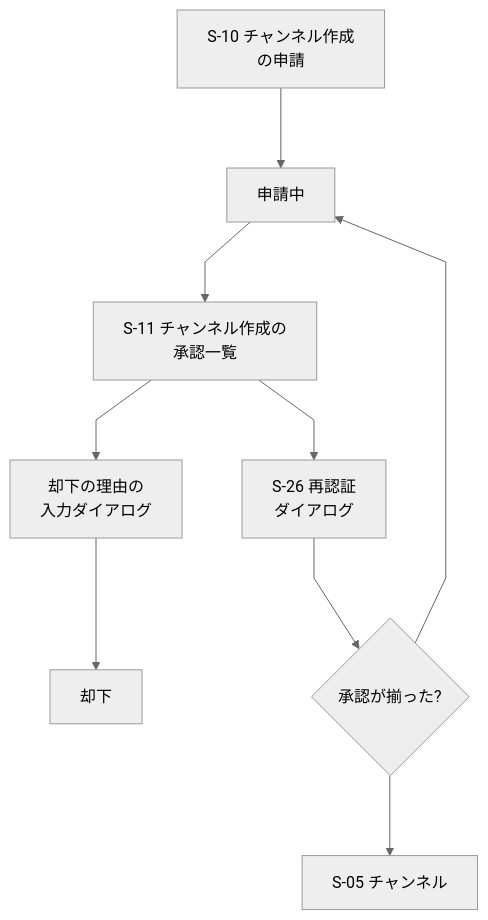
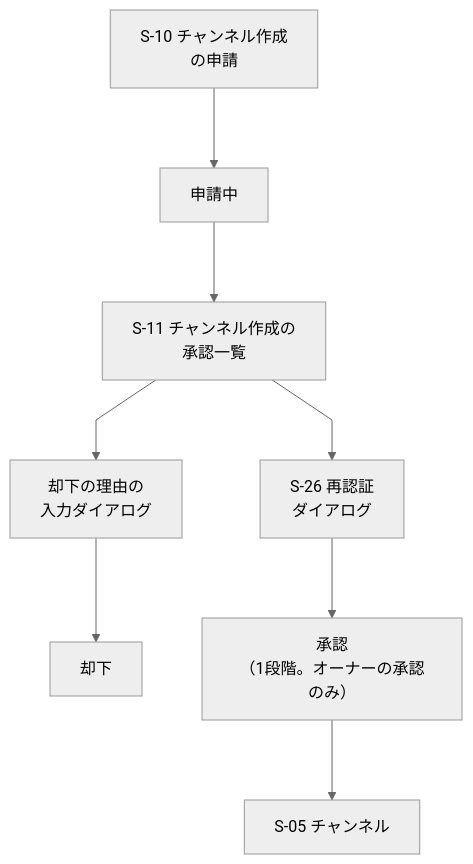
The fifth of 12 diagrams in docs/requirements/screens.md (yamamotonaoki3/internal-system), drawn with Mermaid (neutral theme) before and after one commit. The commit also changed other lines of this file and 4 other files, not shown here.

````diff
--- a/docs/requirements/screens.md
+++ b/docs/requirements/screens.md
@@ -161,12 +167,11 @@
 ```mermaid
 %%{init: {"flowchart": {"nodeSpacing": 60, "rankSpacing": 80, "curve": "linear", "htmlLabels": true}}}%%
 flowchart TD
     S10["S-10 チャンネル作成<br/>の申請"] --> Wait["申請中"]
     Wait --> S11["S-11 チャンネル作成の<br/>承認一覧"]
     S11 --> S26["S-26 再認証<br/>ダイアログ"]
     S11 --> Reason["却下の理由の<br/>入力ダイアログ"]
     Reason --> Rej["却下"]
-    S26 --> Done{"承認が揃った?"}
+    S26 --> Done["承認<br/>（1段階。オーナーの承認のみ）"]
     Done --> S05["S-05 チャンネル"]
-    Done --> Wait
 ```
````
